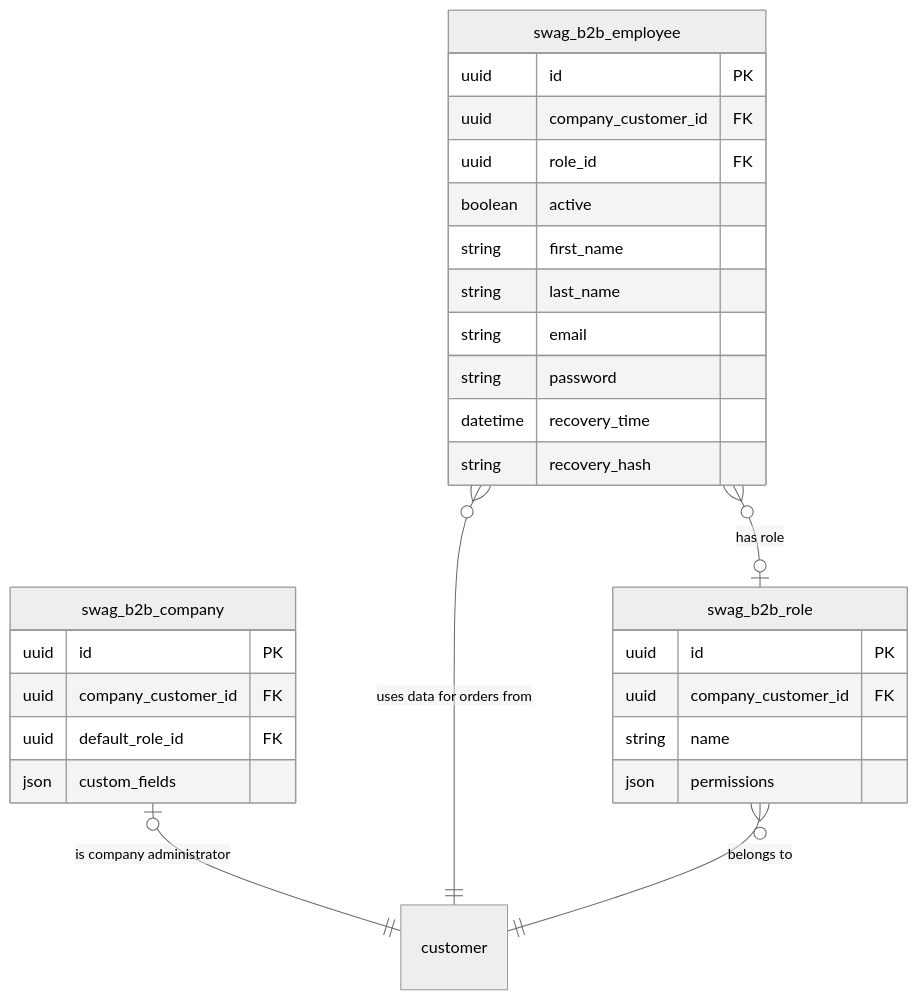
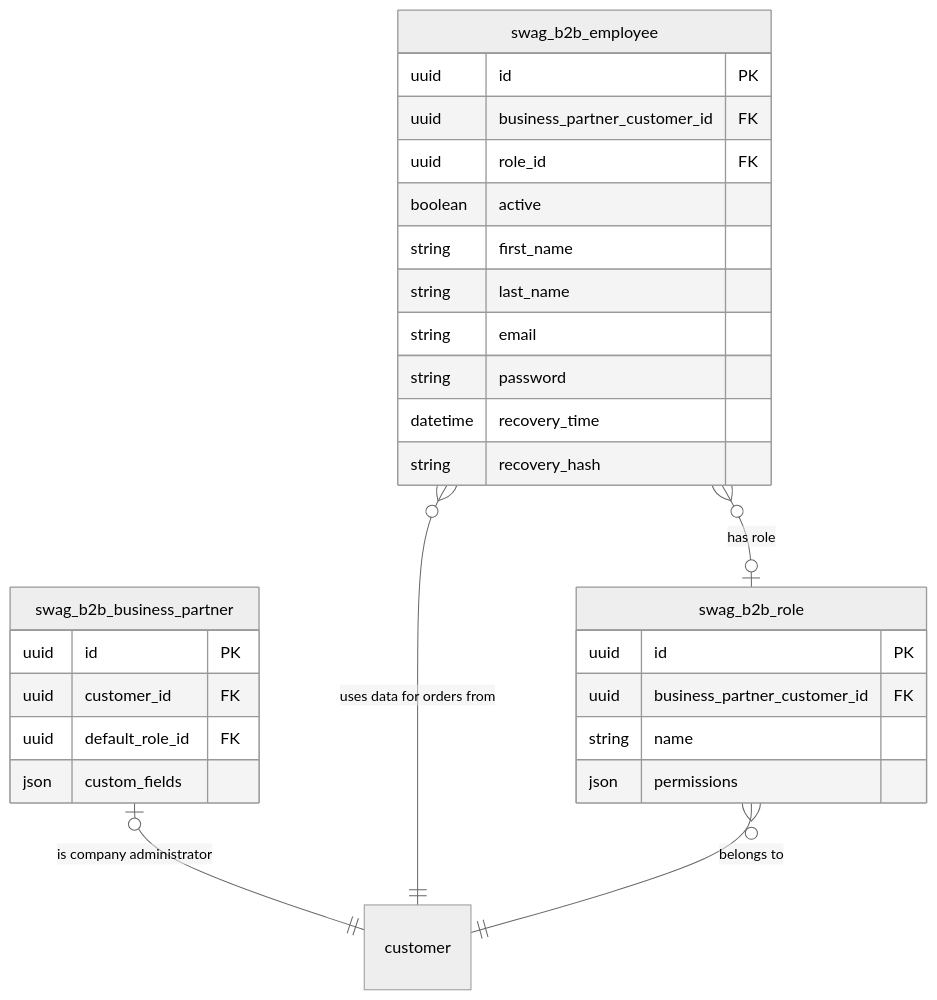
Before and after one commit to shopware/docs: the diagram in products/extensions/b2b-components/employee-management/concept/entities-and-schema.md, drawn with Mermaid (neutral theme). The commit also changed other lines of this file and 1 other file, not shown here.

Commit message:
NEXT-29563 - Renamed company to business partner in employee management

````diff
--- a/products/extensions/b2b-components/employee-management/concept/entities-and-schema.md
+++ b/products/extensions/b2b-components/employee-management/concept/entities-and-schema.md
@@ -19,31 +19,31 @@
 ```mermaid
 erDiagram
-    swag_b2b_company {
+    swag_b2b_business_partner {
         uuid id PK
-        uuid company_customer_id FK
+        uuid customer_id FK
         uuid default_role_id FK
         json custom_fields
     }
     swag_b2b_employee {
         uuid id PK
-        uuid company_customer_id FK
+        uuid business_partner_customer_id FK
         uuid role_id FK
         boolean active
         string first_name
         string last_name
         string email
         string password
         datetime recovery_time
         string recovery_hash
     }
     swag_b2b_role {
         uuid id PK
-        uuid company_customer_id FK
+        uuid business_partner_customer_id FK
         string name
         json permissions
     }
-    swag_b2b_company |o--|| customer : "is company administrator"
+    swag_b2b_business_partner |o--|| customer : "is company administrator"
     swag_b2b_employee }o--|| customer : "uses data for orders from"
     swag_b2b_employee }o--o| swag_b2b_role : "has role"
     swag_b2b_role }o--|| customer : "belongs to"
 ```
````
